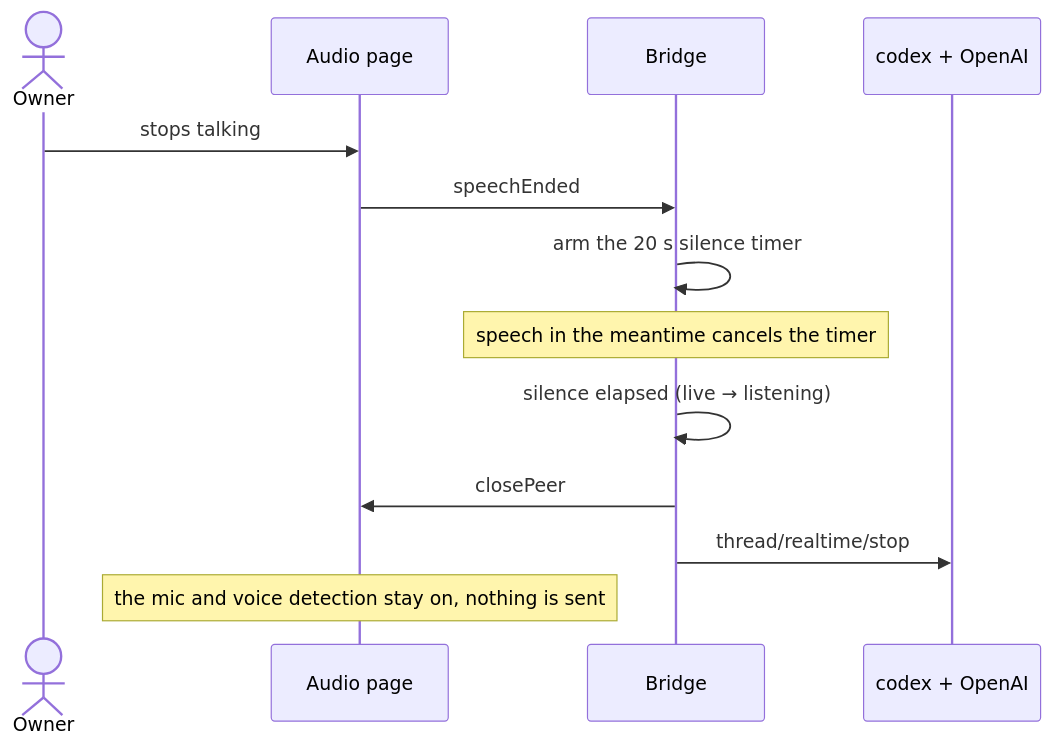
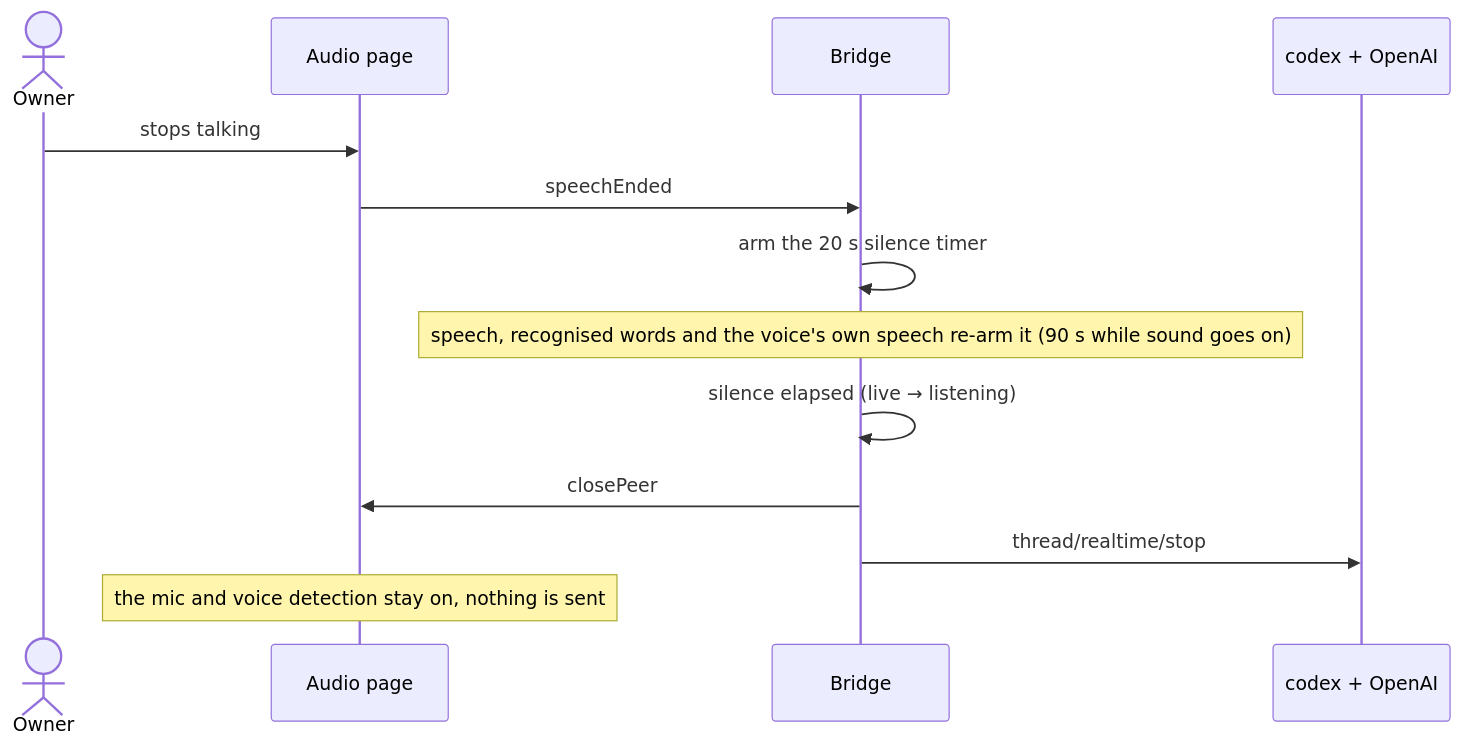
The third of 7 diagrams in docs/architecture/overview.md (Nezhinskiy/claude-gpt-live-bridge), drawn with Mermaid before and after one commit. The commit also changed other lines of this file and 8 other files, not shown here.

````diff
--- a/docs/architecture/overview.md
+++ b/docs/architecture/overview.md
@@ -127,15 +127,15 @@
 ```mermaid
 sequenceDiagram
   actor Owner
   participant Page as Audio page
   participant Bridge
   participant Codex as codex + OpenAI
   Owner->>Page: stops talking
   Page->>Bridge: speechEnded
   Bridge->>Bridge: arm the 20 s silence timer
-  Note over Bridge: speech in the meantime cancels the timer
+  Note over Bridge: speech, recognised words and the voice's own speech re-arm it (90 s while sound goes on)
   Bridge->>Bridge: silence elapsed (live → listening)
   Bridge->>Page: closePeer
   Bridge->>Codex: thread/realtime/stop
   Note over Page: the mic and voice detection stay on, nothing is sent
 ```
````
